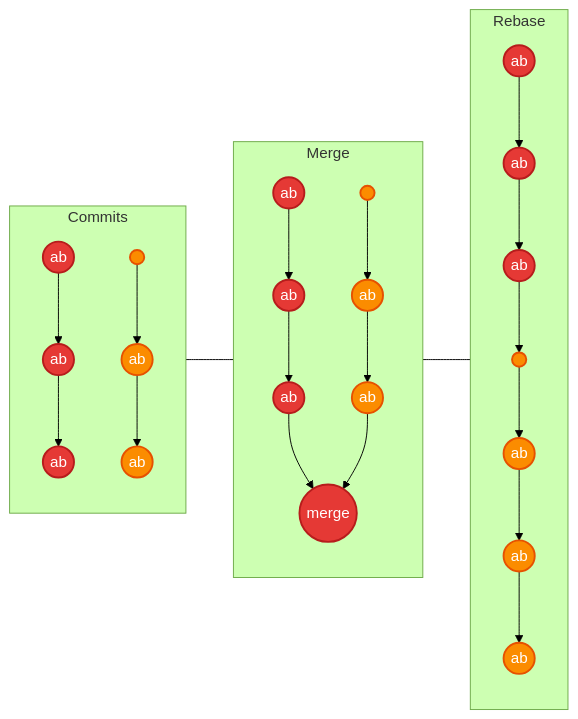
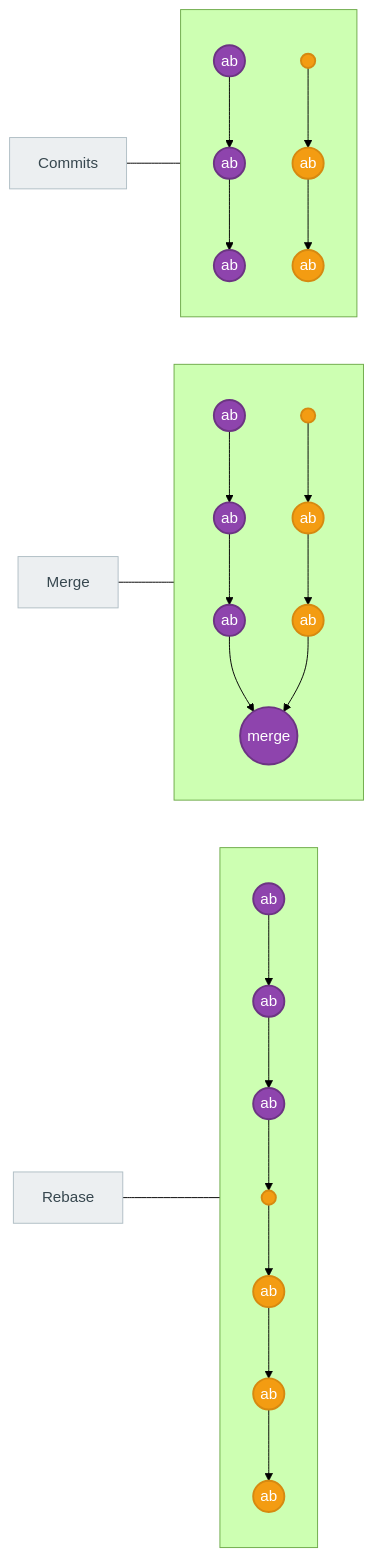
One commit to AlexanderStephenThompson/learning-git-and-github changed the second of 2 diagrams in docs/git-guide.md. Above: the diagram before and after it, drawn with Mermaid (forest theme).

Commit message:
docs: restyle merge vs rebase diagram

````diff
--- a/docs/git-guide.md
+++ b/docs/git-guide.md
@@ -174,49 +174,57 @@
 ```mermaid
 flowchart LR
-  classDef master fill:#E53935,stroke:#B71C1C,color:#fff,stroke-width:2px;
-  classDef feature fill:#FB8C00,stroke:#E65100,color:#fff,stroke-width:2px;
+  classDef master fill:#8e44ad,stroke:#6c3483,color:#fff,stroke-width:2px;
+  classDef feature fill:#f39c12,stroke:#d68910,color:#fff,stroke-width:2px;
+  classDef note fill:#ECEFF1,stroke:#B0BEC5,color:#37474F;
+
+  %% Labels on the left
+  CM["Commits"]:::note
+  MM["Merge"]:::note
+  RM["Rebase"]:::note
 
   %% Commits column
-  subgraph Commits
+  subgraph C[ ]
     direction TB
-    C_m1((ab)):::master
-    C_m2((ab)):::master
-    C_m3((ab)):::master
-    C_f1(( )):::feature
-    C_f2((ab)):::feature
-    C_f3((ab)):::feature
-    C_m1 --> C_m2 --> C_m3
-    C_f1 --> C_f2 --> C_f3
+    c1((ab)):::master
+    c2((ab)):::master
+    c3((ab)):::master
+    cf1(( )):::feature
+    cf2((ab)):::feature
+    cf3((ab)):::feature
+    c1 --> c2 --> c3
+    cf1 --> cf2 --> cf3
   end
 
   %% Merge column
-  subgraph Merge
+  subgraph M[ ]
     direction TB
-    M_m1((ab)):::master
-    M_m2((ab)):::master
-    M_m3((ab)):::master
-    M_f1(( )):::feature
-    M_f2((ab)):::feature
-    M_f3((ab)):::feature
-    M_merge((merge)):::master
-    M_m1 --> M_m2 --> M_m3 --> M_merge
-    M_f1 --> M_f2 --> M_f3 --> M_merge
+    m1((ab)):::master
+    m2((ab)):::master
+    m3((ab)):::master
+    mf1(( )):::feature
+    mf2((ab)):::feature
+    mf3((ab)):::feature
+    mmerge((merge)):::master
+    m1 --> m2 --> m3 --> mmerge
+    mf1 --> mf2 --> mf3 --> mmerge
   end
 
   %% Rebase column
-  subgraph Rebase
+  subgraph R[ ]
     direction TB
-    R_m1((ab)):::master
-    R_m2((ab)):::master
-    R_m3((ab)):::master
-    R_f1(( )):::feature
-    R_f2((ab)):::feature
-    R_f3((ab)):::feature
-    R_f4((ab)):::feature
-    R_m1 --> R_m2 --> R_m3
-    R_m3 --> R_f1 --> R_f2 --> R_f3 --> R_f4
+    r1((ab)):::master
+    r2((ab)):::master
+    r3((ab)):::master
+    rf1(( )):::feature
+    rf2((ab)):::feature
+    rf3((ab)):::feature
+    rf4((ab)):::feature
+    r1 --> r2 --> r3
+    r3 --> rf1 --> rf2 --> rf3 --> rf4
   end
 
-  %% Spacers to separate columns
-  Commits --- Merge --- Rebase
+  %% Align columns with transparent links
+  CM --- C
+  MM --- M
+  RM --- R
 ```
````
